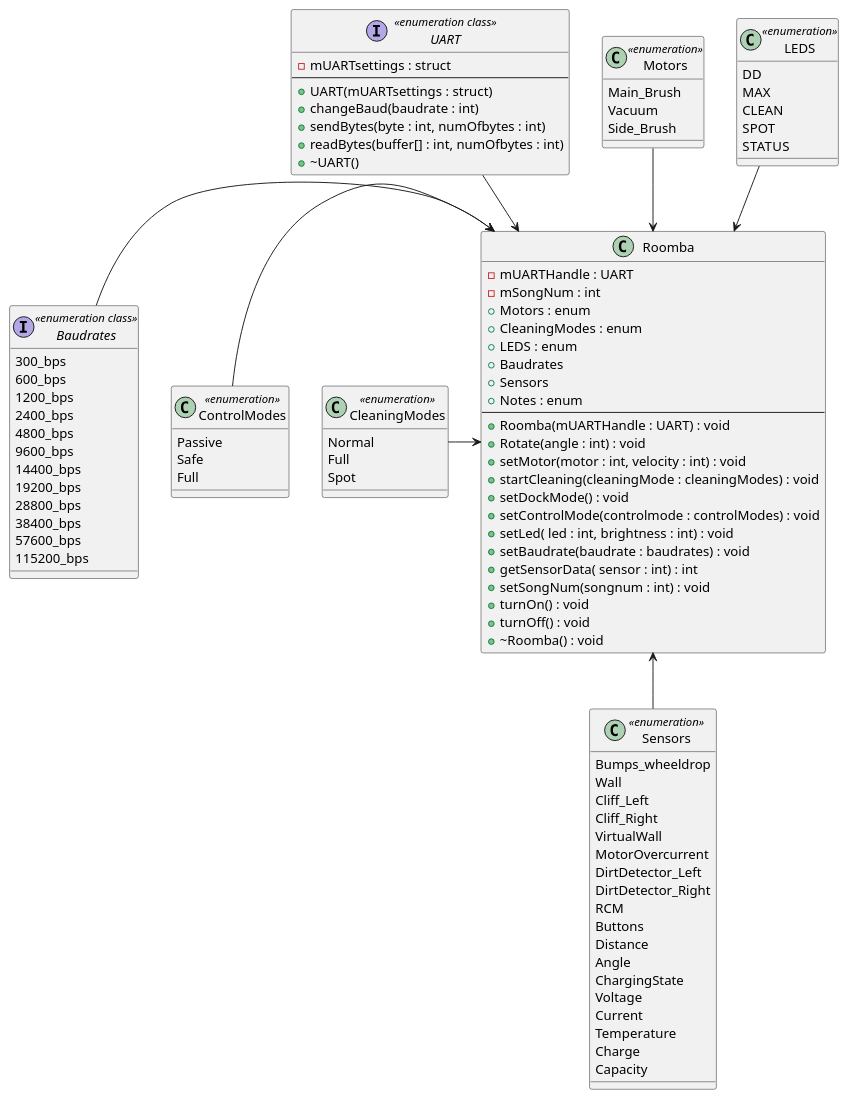
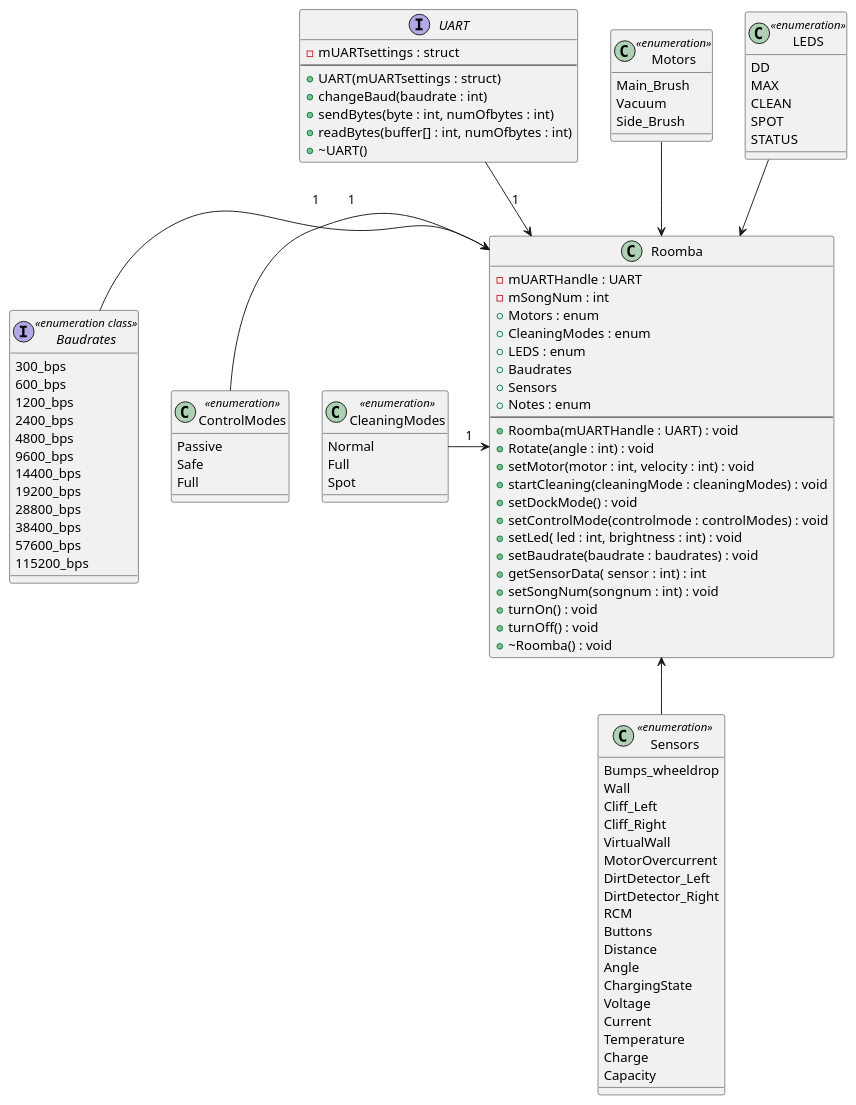
Before and after one commit to Hoog-V/Roomba_project_cpp: the diagram in Documentatie/Diagrammen/Roomba class diagram .puml, drawn with PlantUML.

Commit message:
kleine wijziging aan pijlen

```diff
--- a/Documentatie/Diagrammen/Roomba class diagram .puml
+++ b/Documentatie/Diagrammen/Roomba class diagram .puml
@@ -1,117 +1,117 @@
 @startuml Roomba
 
 class Roomba 
 class CleaningModes <<enumeration>>
 class LEDS <<enumeration>>
 class Motors <<enumeration>>
 class ControlModes <<enumeration>>
 class Sensors <<enumeration>>
-interface UART <<enumeration class>>
+interface UART
 interface Baudrates <<enumeration class>>
 
-Roomba <-left- CleaningModes
+Roomba <-left- CleaningModes : 1
 Roomba <-up- LEDS
-Roomba <-up- Motors
-Roomba <-left- ControlModes
+Roomba <-up- Motors 
+Roomba <-left- ControlModes : 1
 Roomba <-down- Sensors
-Roomba <-up- UART
-Roomba <-left- Baudrates
+Roomba <-up- UART : 1
+Roomba <-left- Baudrates : 1
 
 class Roomba {
   - mUARTHandle : UART
   - mSongNum : int
   + Motors : enum
   + CleaningModes : enum
   + LEDS : enum
   + Baudrates
   + Sensors
   + Notes : enum
   --
   + Roomba(mUARTHandle : UART) : void
   + Rotate(angle : int) : void
   + setMotor(motor : int, velocity : int) : void
   + startCleaning(cleaningMode : cleaningModes) : void
   + setDockMode() : void
   + setControlMode(controlmode : controlModes) : void
   + setLed( led : int, brightness : int) : void
   + setBaudrate(baudrate : baudrates) : void
   + getSensorData( sensor : int) : int
   + setSongNum(songnum : int) : void
   + turnOn() : void
   + turnOff() : void
   + ~Roomba() : void
 }
 
 class LEDS {
 DD
 MAX
 CLEAN
 SPOT
 STATUS
 }
 
 class Motors {
 Main_Brush
 Vacuum
 Side_Brush
 }
 
 interface Baudrates {
 300_bps
 600_bps
 1200_bps
 2400_bps
 4800_bps
 9600_bps
 14400_bps
 19200_bps
 28800_bps
 38400_bps
 57600_bps
 115200_bps
 }
 
 interface UART {
 - mUARTsettings : struct
 --
 + UART(mUARTsettings : struct)
 + changeBaud(baudrate : int)
 + sendBytes(byte : int, numOfbytes : int)
 + readBytes(buffer[] : int, numOfbytes : int)
 + ~UART()
 }
 
 class CleaningModes {
 Normal
 Full
 Spot
 }
 
 class ControlModes {
 Passive
 Safe
 Full
 }
 
 class Sensors {
 Bumps_wheeldrop
 Wall
 Cliff_Left
 Cliff_Right
 VirtualWall
 MotorOvercurrent
 DirtDetector_Left
 DirtDetector_Right
 RCM
 Buttons
 Distance
 Angle
 ChargingState
 Voltage
 Current
 Temperature
 Charge
 Capacity
 }
 
 @enduml
```
